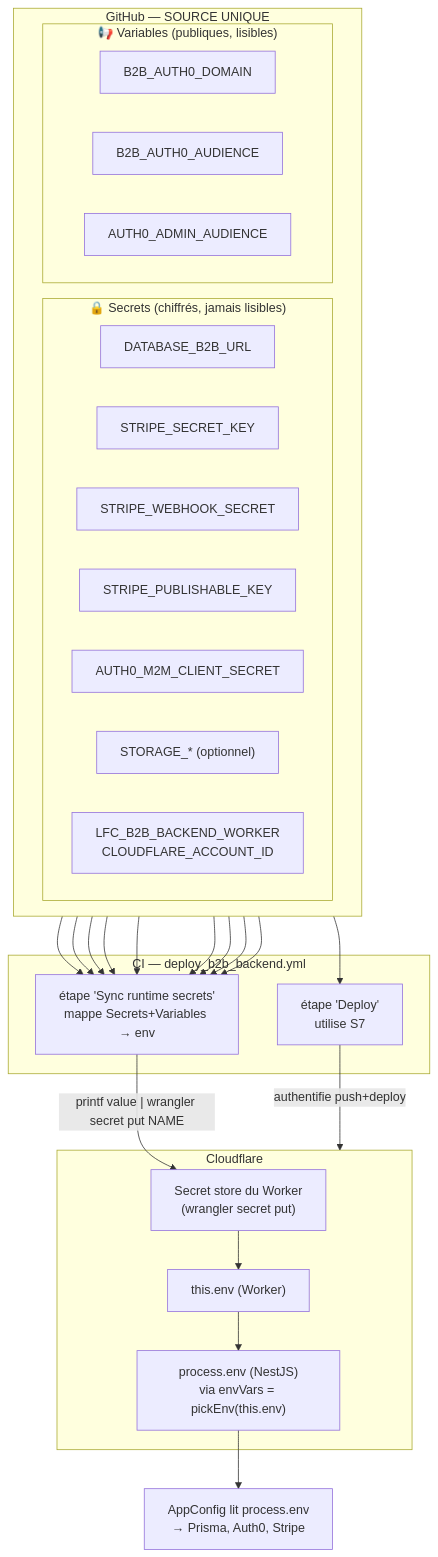
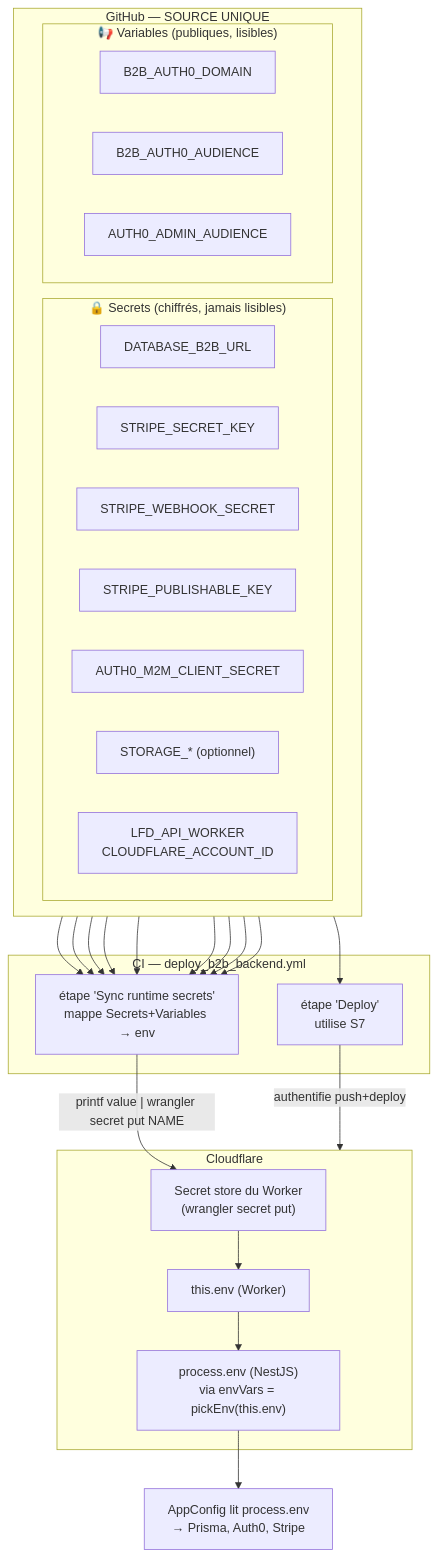
Before and after one commit to hugoheynard/lfd: the third of 6 diagrams in documentation/b2b/b2b_backend_deploy.md, drawn with Mermaid. The commit also changed other lines of this file and 5 other files, not shown here.

````diff
--- a/documentation/b2b/b2b_backend_deploy.md
+++ b/documentation/b2b/b2b_backend_deploy.md
@@ -109,48 +109,48 @@
 ```mermaid
 flowchart TB
     subgraph gh["GitHub — SOURCE UNIQUE"]
         direction LR
         subgraph ghs["🔒 Secrets (chiffrés, jamais lisibles)"]
             S1["DATABASE_B2B_URL"]
             S2["STRIPE_SECRET_KEY"]
             S3["STRIPE_WEBHOOK_SECRET"]
             S4["STRIPE_PUBLISHABLE_KEY"]
             S5["AUTH0_M2M_CLIENT_SECRET"]
             S6["STORAGE_* (optionnel)"]
-            S7["LFC_B2B_BACKEND_WORKER<br/>CLOUDFLARE_ACCOUNT_ID"]
+            S7["LFD_API_WORKER<br/>CLOUDFLARE_ACCOUNT_ID"]
         end
         subgraph ghv["📢 Variables (publiques, lisibles)"]
             V1["B2B_AUTH0_DOMAIN"]
             V2["B2B_AUTH0_AUDIENCE"]
             V3["AUTH0_ADMIN_AUDIENCE"]
         end
     end
 
     subgraph ci["CI — deploy_b2b_backend.yml"]
         DEP["étape 'Deploy'<br/>utilise S7"]
         SYNC["étape 'Sync runtime secrets'<br/>mappe Secrets+Variables → env"]
     end
 
     subgraph cf["Cloudflare"]
         WSEC["Secret store du Worker<br/>(wrangler secret put)"]
         ENV["this.env (Worker)"]
         PROC["process.env (NestJS)<br/>via envVars = pickEnv(this.env)"]
     end
 
     S7 --> DEP
     S1 --> SYNC
     S2 --> SYNC
     S3 --> SYNC
     S4 --> SYNC
     S5 --> SYNC
     S6 --> SYNC
     V1 --> SYNC
     V2 --> SYNC
     V3 --> SYNC
 
     DEP -->|"authentifie push+deploy"| cf
     SYNC -->|"printf value | wrangler secret put NAME"| WSEC
     WSEC --> ENV
     ENV --> PROC
     PROC --> APP["AppConfig lit process.env<br/>→ Prisma, Auth0, Stripe"]
 ```
````
